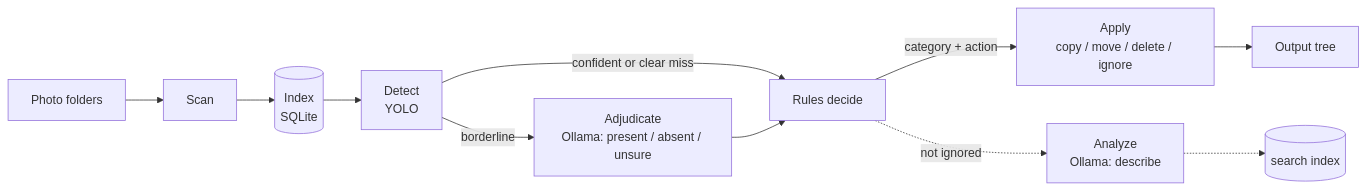
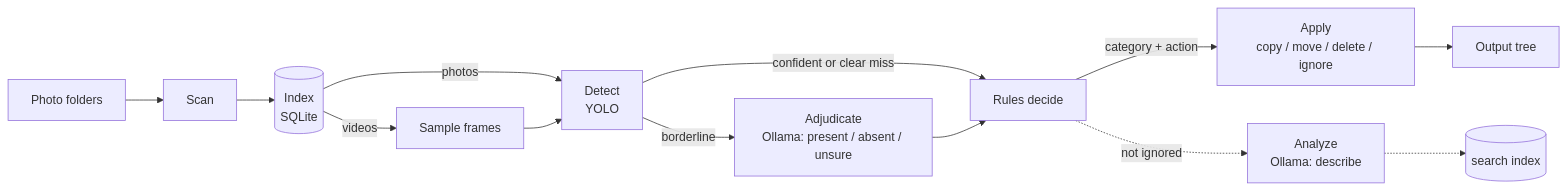
Before and after one commit to Guebbit/media-sorter: the first of 2 diagrams in docs/CONCEPTS.md, drawn with Mermaid. The commit also changed other lines of this file and 70 other files, not shown here.

````diff
--- a/docs/CONCEPTS.md
+++ b/docs/CONCEPTS.md
@@ -26,13 +28,15 @@
 ```mermaid
 flowchart LR
     A[Photo folders] --> B[Scan]
     B --> C[(Index\nSQLite)]
-    C --> D[Detect\nYOLO]
+    C -->|photos| D[Detect\nYOLO]
+    C -->|videos| V[Sample frames]
+    V --> D
     D -->|confident or clear miss| G[Rules decide]
     D -->|borderline| E[Adjudicate\nOllama: present / absent / unsure]
     E --> G
     G -->|category + action| H[Apply\ncopy / move / delete / ignore]
     H --> I[Output tree]
     G -.->|not ignored| F[Analyze\nOllama: describe]
     F -.-> J[(search index)]
 ```
````
